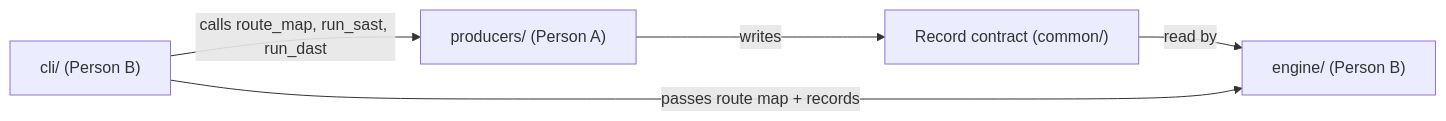
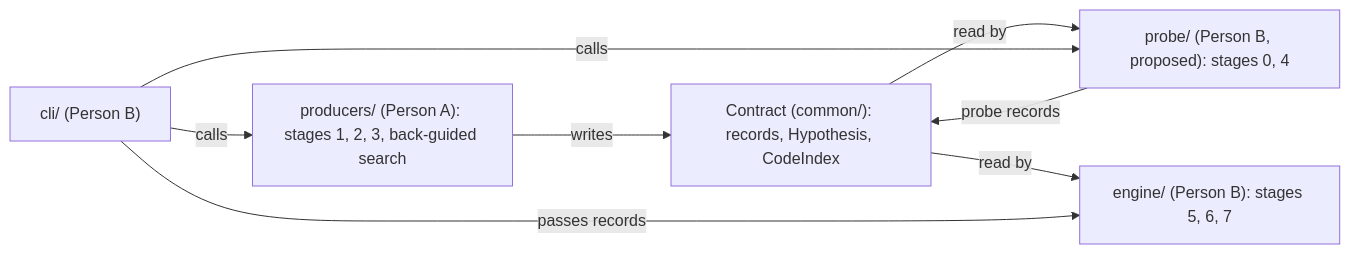
Before and after one commit to ROHITH-KUMAR-L/elenchus: the diagram in docs/repo-structure.md, drawn with Mermaid. The commit also changed other lines of this file and 2 other files, not shown here.

````diff
--- a/docs/repo-structure.md
+++ b/docs/repo-structure.md
@@ -60,7 +72,15 @@
 ```mermaid
 flowchart LR
-    prod["producers/ (Person A)"] -- writes --> contract["Record contract (common/)"]
-    contract -- read by --> eng["engine/ (Person B)"]
-    cli["cli/ (Person B)"] -- "calls route_map, run_sast, run_dast" --> prod
-    cli -- passes route map + records --> eng
+    stat["producers/ (Person A): stages 1, 2, 3, back-guided search"]
+    contract["Contract (common/): records, Hypothesis, CodeIndex"]
+    probe["probe/ (Person B, proposed): stages 0, 4"]
+    eng["engine/ (Person B): stages 5, 6, 7"]
+    cli["cli/ (Person B)"]
+    stat -- writes --> contract
+    contract -- read by --> probe
+    probe -- probe records --> contract
+    contract -- read by --> eng
+    cli -- calls --> stat
+    cli -- calls --> probe
+    cli -- passes records --> eng
 ```
````
